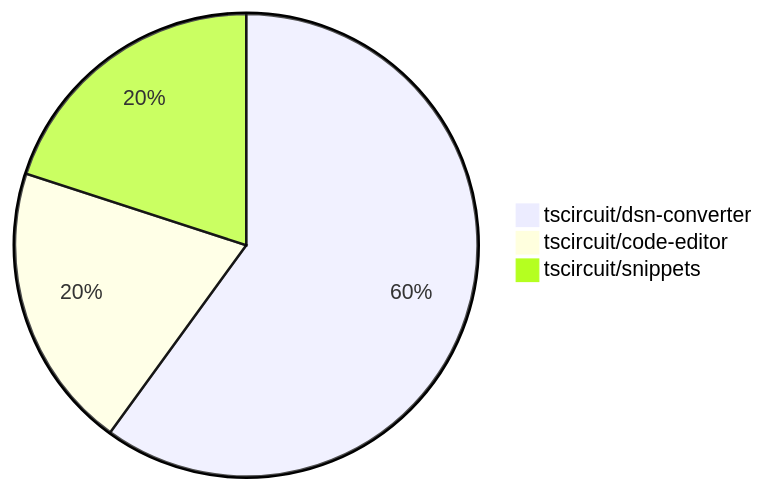
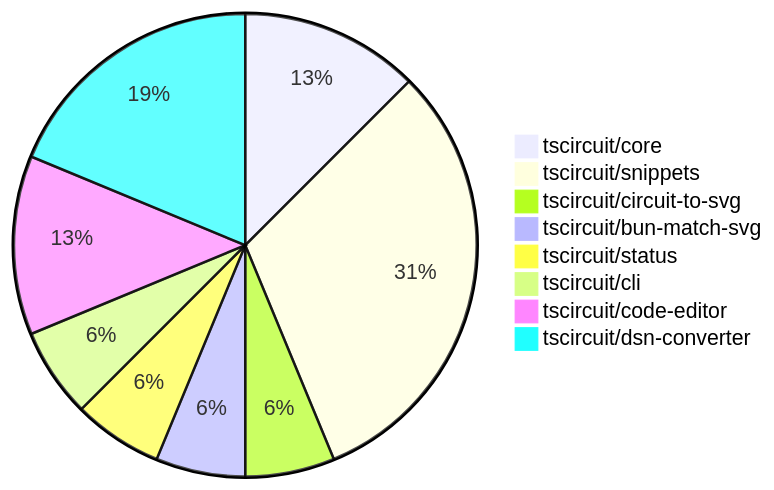
The diagram in contribution-overviews/2025-01-15.md (tscircuit/contribution-tracker), drawn with Mermaid before and after one commit. The commit also changed other lines of this file and 2 other files, not shown here.

````diff
--- a/contribution-overviews/2025-01-15.md
+++ b/contribution-overviews/2025-01-15.md
@@ -5,6 +5,11 @@
 ```mermaid
 pie
+    "tscircuit/core" : 2
+    "tscircuit/snippets" : 5
+    "tscircuit/circuit-to-svg" : 1
+    "tscircuit/bun-match-svg" : 1
+    "tscircuit/status" : 1
+    "tscircuit/cli" : 1
+    "tscircuit/code-editor" : 2
     "tscircuit/dsn-converter" : 3
-    "tscircuit/code-editor" : 1
-    "tscircuit/snippets" : 1
 ```
````
